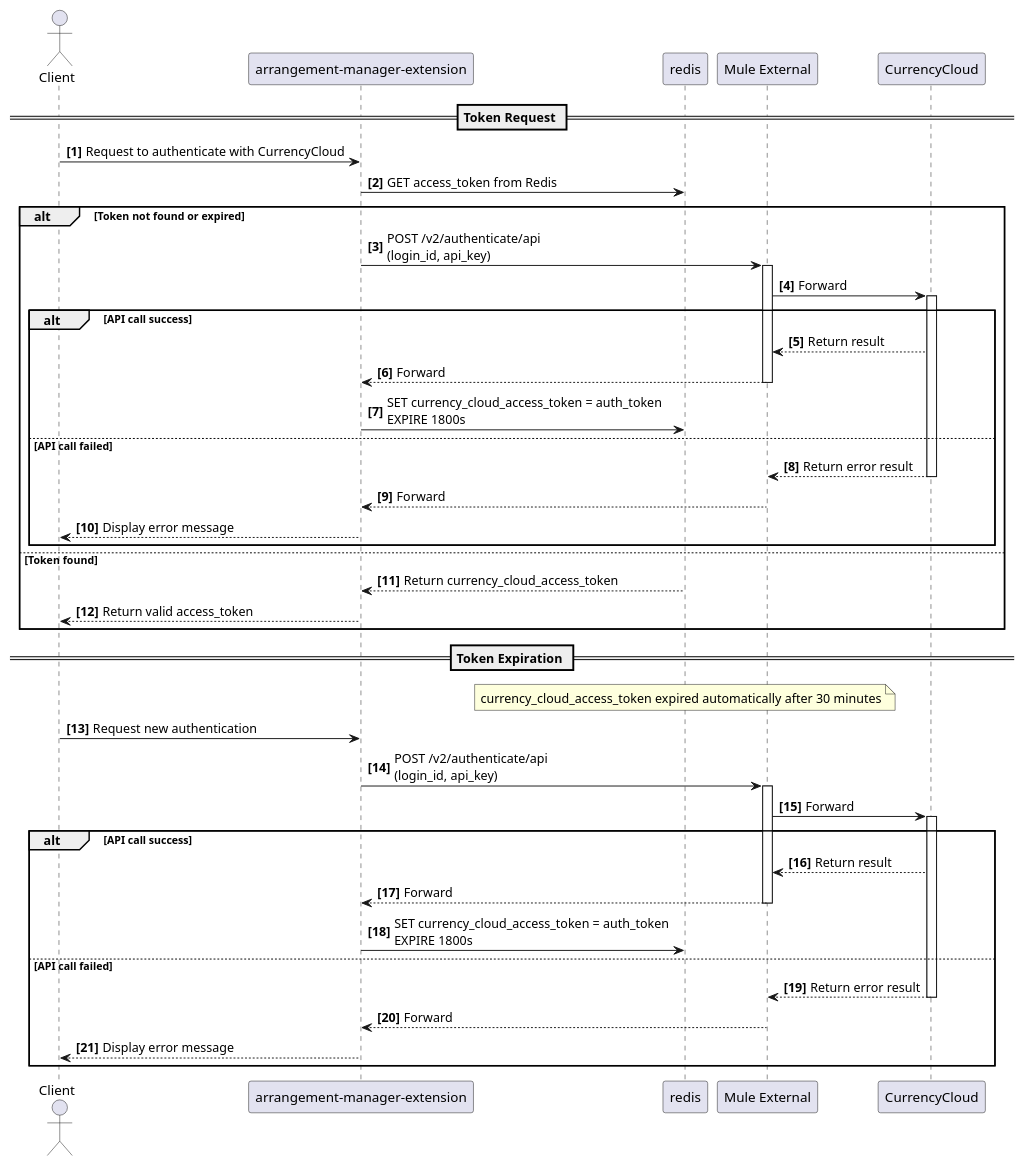
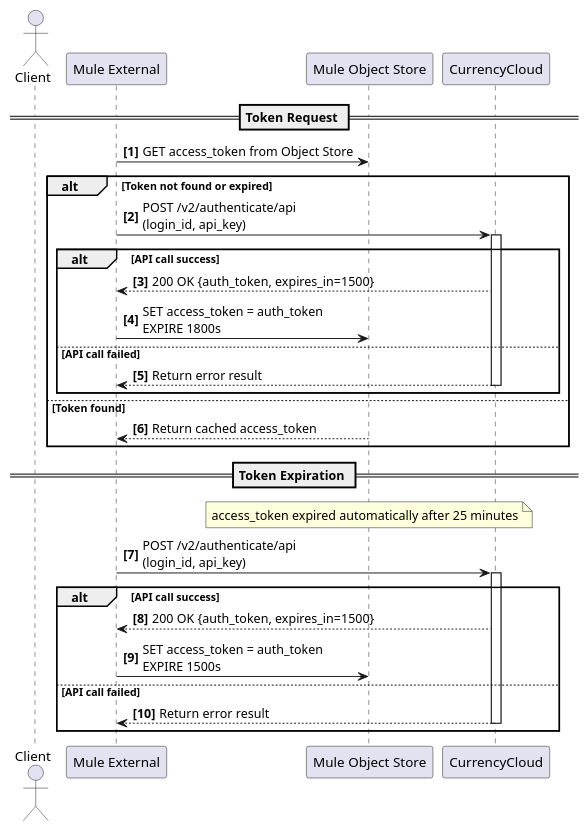
One commit to lokitechz/sequence changed the diagram in Login to CurrencyCloud.wsd. Above: the diagram before and after it, drawn with PlantUML.

Commit message:
Refactor CurrencyCloud authentication flow diagram

```diff
--- a/Login to CurrencyCloud.wsd
+++ b/Login to CurrencyCloud.wsd
@@ -1,57 +1,39 @@
-@startuml CurrencyCloud Authentication & Token Cache Flow
+@startuml CurrencyCloud Authentication & Token Cache Flow (Cache handled in Mule External)
 
 autonumber "<b>[0]"
 actor Client
-participant "arrangement-manager-extension" as AME
-participant "redis" as REDIS
 participant "Mule External" as ME
+participant "Mule Object Store" as MOS
 participant "CurrencyCloud" as CC
 
 == Token Request ==
-Client -> AME: Request to authenticate with CurrencyCloud
-AME -> REDIS: GET access_token from Redis
-
+ME -> MOS: GET access_token from Object Store
 alt Token not found or expired
-    AME -> ME: POST /v2/authenticate/api\n(login_id, api_key)
-    activate ME
-    ME -> CC: Forward
+    ME -> CC: POST /v2/authenticate/api\n(login_id, api_key)
     activate CC
-    alt API call success 
-        CC --> ME: Return result
-        ME --> AME: Forward
-        deactivate ME
-        AME -> REDIS: SET currency_cloud_access_token = auth_token\nEXPIRE 1800s
+    alt API call success
+        CC --> ME: 200 OK {auth_token, expires_in=1500}
+        ME -> MOS: SET access_token = auth_token\nEXPIRE 1800s
     else API call failed
         CC --> ME: Return error result
         deactivate CC
-        ME --> AME: Forward
-        deactivate ME
-        AME --> Client: Display error message
     end
 else Token found
-    REDIS --> AME: Return currency_cloud_access_token
-    AME --> Client: Return valid access_token
+    MOS --> ME: Return cached access_token
+    deactivate ME
 end
 
 == Token Expiration ==
-note over REDIS: currency_cloud_access_token expired automatically after 30 minutes
-
-Client -> AME: Request new authentication
-AME -> ME: POST /v2/authenticate/api\n(login_id, api_key)
-activate ME
-ME -> CC: Forward
+note over MOS: access_token expired automatically after 25 minutes
+ME -> CC: POST /v2/authenticate/api\n(login_id, api_key)
 activate CC
 alt API call success 
-    CC --> ME: Return result
-    ME --> AME: Forward
+    CC --> ME: 200 OK {auth_token, expires_in=1500}
+    ME -> MOS: SET access_token = auth_token\nEXPIRE 1500s
     deactivate ME
-    AME -> REDIS: SET currency_cloud_access_token = auth_token\nEXPIRE 1800s
 else API call failed
     CC --> ME: Return error result
     deactivate CC
-    ME --> AME: Forward
-    deactivate ME
-    AME --> Client: Display error message
 end
 
 @enduml
```
